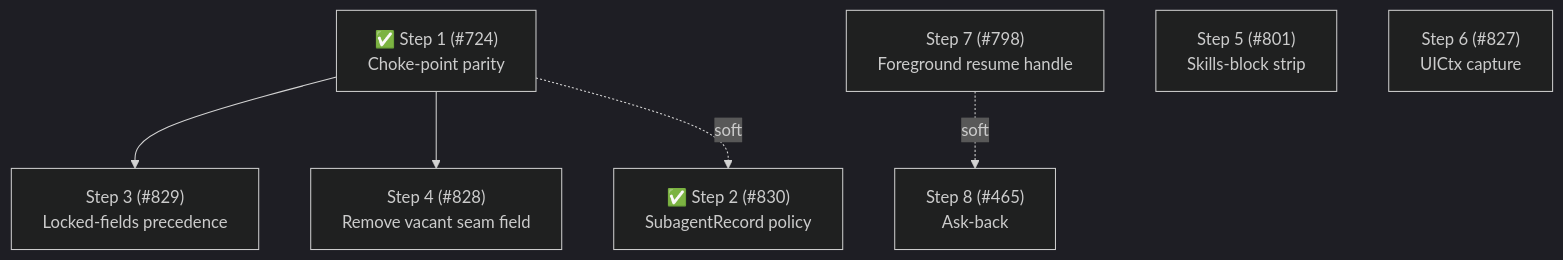
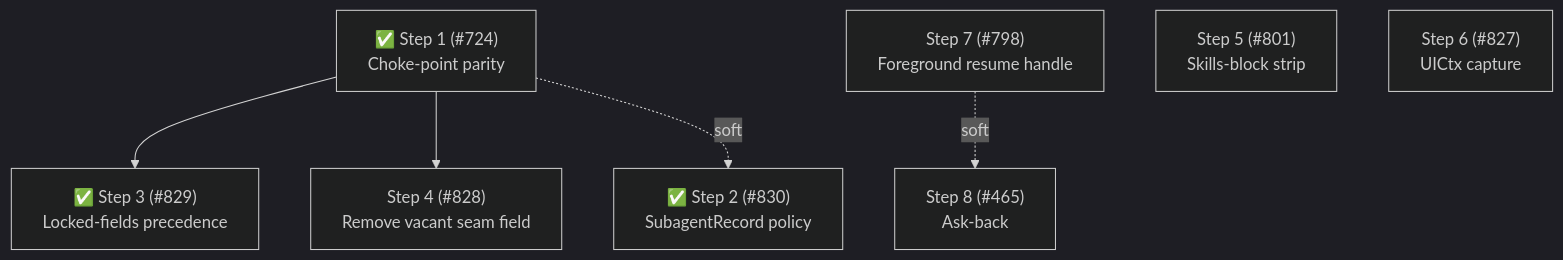
The sixth of 6 diagrams in packages/pi-subagents/docs/architecture/architecture.md (gotgenes/pi-packages), drawn with Mermaid (dark theme) before and after one commit. The commit also changed other lines of this file and 3 other files, not shown here.

First line of the commit message:
docs(pi-subagents): document locked-field precedence and the corrected thinking levels

````diff
--- a/packages/pi-subagents/docs/architecture/architecture.md
+++ b/packages/pi-subagents/docs/architecture/architecture.md
@@ -912,9 +922,9 @@
 ```mermaid
 flowchart TD
-    S1["✅ Step 1 (#724)<br/>Choke-point parity"] --> S3["Step 3 (#829)<br/>Locked-fields precedence"]
+    S1["✅ Step 1 (#724)<br/>Choke-point parity"] --> S3["✅ Step 3 (#829)<br/>Locked-fields precedence"]
     S1 --> S4["Step 4 (#828)<br/>Remove vacant seam field"]
     S1 -.soft.-> S2["✅ Step 2 (#830)<br/>SubagentRecord policy"]
     S7["Step 7 (#798)<br/>Foreground resume handle"] -.soft.-> S8["Step 8 (#465)<br/>Ask-back"]
     S5["Step 5 (#801)<br/>Skills-block strip"]
     S6["Step 6 (#827)<br/>UICtx capture"]
 ```
````
